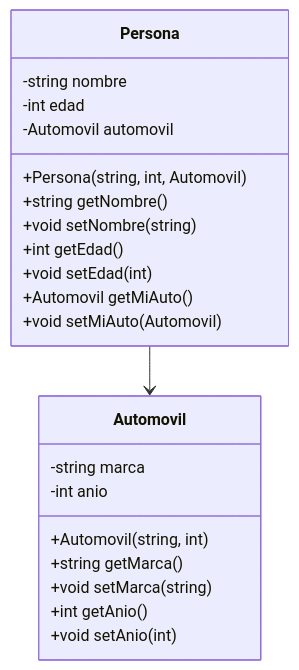
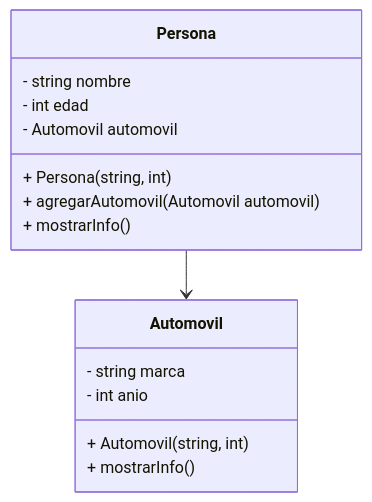
Before and after one commit to lufe089/POO: the first of 3 diagrams in 6. EjerciciosCod1Relaciones.md, drawn with Mermaid. The commit also changed other lines of this file, not shown here.

````diff
--- a/6. EjerciciosCod1Relaciones.md
+++ b/6. EjerciciosCod1Relaciones.md
@@ -13,28 +13,21 @@
 ```mermaid
 classDiagram
     class Persona {
-        -string nombre
-        -int edad
-        -Automovil automovil
+        - string nombre
+        - int edad
+        - Automovil automovil
 
-        +Persona(string, int, Automovil)
-        +string getNombre()
-        +void setNombre(string)
-        +int getEdad()
-        +void setEdad(int)
-        +Automovil getMiAuto()
-        +void setMiAuto(Automovil)
-    }
+        + Persona(string, int)
+        + agregarAutomovil(Automovil automovil)
+        + mostrarInfo()
 
+    } 
     class Automovil {
-        -string marca
-        -int anio
-        +Automovil(string, int)
-        +string getMarca()
-        +void setMarca(string)
-        +int getAnio()
-        +void setAnio(int)
+        - string marca
+        - int anio
+        + Automovil(string, int)
+        + mostrarInfo()
     }
 
     Persona --> Automovil
 ```
````
